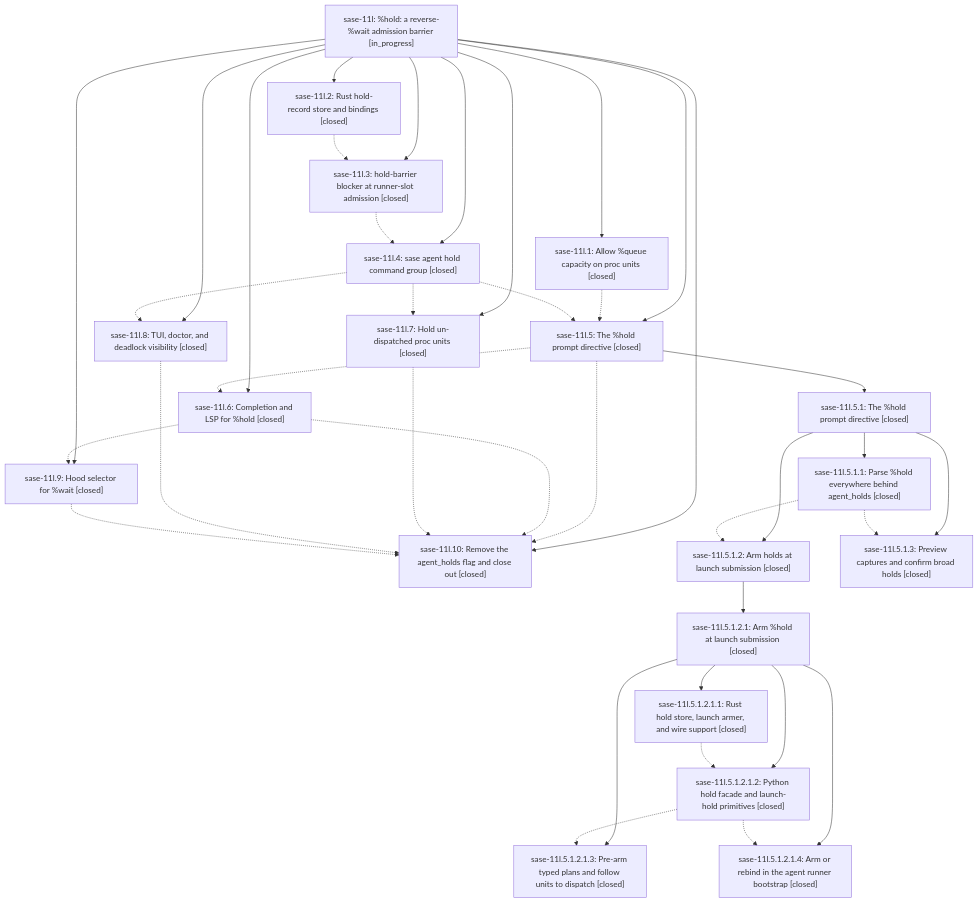
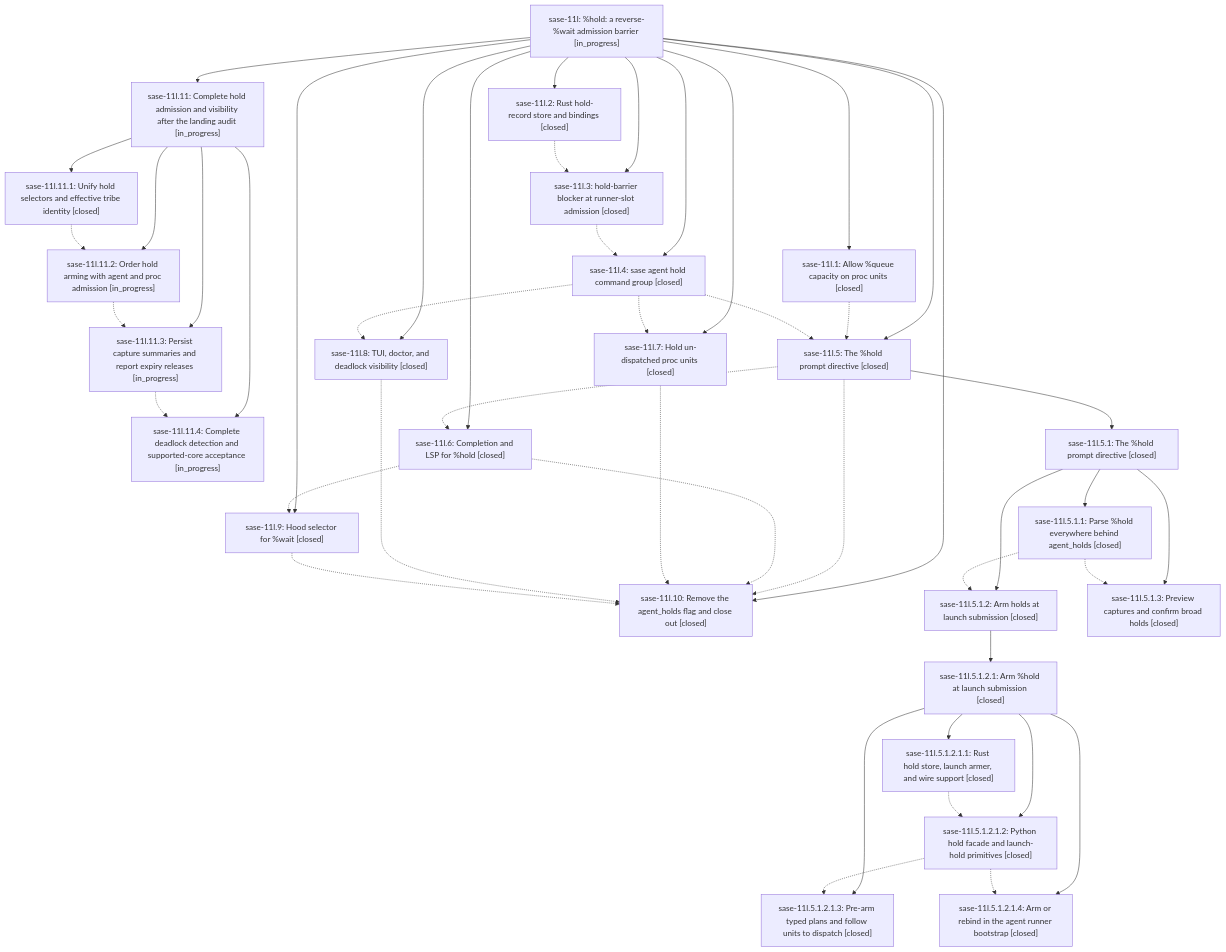
The diagram in pages/sase-11l/README.md (sase-org/sase--beads), drawn with Mermaid before and after one commit. The commit also changed other lines of this file and 5 other files, not shown here.

````diff
--- a/pages/sase-11l/README.md
+++ b/pages/sase-11l/README.md
@@ -43,60 +68,73 @@
 ```mermaid
 flowchart TD
     n0["sase-11l: %hold: a reverse-%wait admission barrier [in_progress]"]
     n1["sase-11l.1: Allow %queue capacity on proc units [closed]"]
     n2["sase-11l.10: Remove the agent_holds flag and close out [closed]"]
-    n3["sase-11l.2: Rust hold-record store and bindings [closed]"]
-    n4["sase-11l.3: hold-barrier blocker at runner-slot admission [closed]"]
-    n5["sase-11l.4: sase agent hold command group [closed]"]
-    n6["sase-11l.5: The %hold prompt directive [closed]"]
-    n7["sase-11l.5.1: The %hold prompt directive [closed]"]
-    n8["sase-11l.5.1.1: Parse %hold everywhere behind agent_holds [closed]"]
-    n9["sase-11l.5.1.2: Arm holds at launch submission [closed]"]
-    n10["sase-11l.5.1.2.1: Arm %hold at launch submission [closed]"]
-    n11["sase-11l.5.1.2.1.1: Rust hold store, launch armer, and wire support [closed]"]
-    n12["sase-11l.5.1.2.1.2: Python hold facade and launch-hold primitives [closed]"]
-    n13["sase-11l.5.1.2.1.3: Pre-arm typed plans and follow units to dispatch [closed]"]
-    n14["sase-11l.5.1.2.1.4: Arm or rebind in the agent runner bootstrap [closed]"]
-    n15["sase-11l.5.1.3: Preview captures and confirm broad holds [closed]"]
-    n16["sase-11l.6: Completion and LSP for %hold [closed]"]
-    n17["sase-11l.7: Hold un-dispatched proc units [closed]"]
-    n18["sase-11l.8: TUI, doctor, and deadlock visibility [closed]"]
-    n19["sase-11l.9: Hood selector for %wait [closed]"]
+    n3["sase-11l.11: Complete hold admission and visibility after the landing audit [in_progress]"]
+    n4["sase-11l.11.1: Unify hold selectors and effective tribe identity [closed]"]
+    n5["sase-11l.11.2: Order hold arming with agent and proc admission [in_progress]"]
+    n6["sase-11l.11.3: Persist capture summaries and report expiry releases [in_progress]"]
+    n7["sase-11l.11.4: Complete deadlock detection and supported-core acceptance [in_progress]"]
+    n8["sase-11l.2: Rust hold-record store and bindings [closed]"]
+    n9["sase-11l.3: hold-barrier blocker at runner-slot admission [closed]"]
+    n10["sase-11l.4: sase agent hold command group [closed]"]
+    n11["sase-11l.5: The %hold prompt directive [closed]"]
+    n12["sase-11l.5.1: The %hold prompt directive [closed]"]
+    n13["sase-11l.5.1.1: Parse %hold everywhere behind agent_holds [closed]"]
+    n14["sase-11l.5.1.2: Arm holds at launch submission [closed]"]
+    n15["sase-11l.5.1.2.1: Arm %hold at launch submission [closed]"]
+    n16["sase-11l.5.1.2.1.1: Rust hold store, launch armer, and wire support [closed]"]
+    n17["sase-11l.5.1.2.1.2: Python hold facade and launch-hold primitives [closed]"]
+    n18["sase-11l.5.1.2.1.3: Pre-arm typed plans and follow units to dispatch [closed]"]
+    n19["sase-11l.5.1.2.1.4: Arm or rebind in the agent runner bootstrap [closed]"]
+    n20["sase-11l.5.1.3: Preview captures and confirm broad holds [closed]"]
+    n21["sase-11l.6: Completion and LSP for %hold [closed]"]
+    n22["sase-11l.7: Hold un-dispatched proc units [closed]"]
+    n23["sase-11l.8: TUI, doctor, and deadlock visibility [closed]"]
+    n24["sase-11l.9: Hood selector for %wait [closed]"]
     n0 --> n1
     n0 --> n2
     n0 --> n3
-    n0 --> n4
-    n0 --> n5
-    n0 --> n6
-    n6 --> n7
-    n7 --> n8
-    n7 --> n9
-    n9 --> n10
-    n10 --> n11
-    n10 --> n12
-    n10 --> n13
-    n10 --> n14
-    n7 --> n15
-    n0 --> n16
-    n0 --> n17
-    n0 --> n18
-    n0 --> n19
-    n1 -.-> n6
-    n3 -.-> n4
+    n3 --> n4
+    n3 --> n5
+    n3 --> n6
+    n3 --> n7
+    n0 --> n8
+    n0 --> n9
+    n0 --> n10
+    n0 --> n11
+    n11 --> n12
+    n12 --> n13
+    n12 --> n14
+    n14 --> n15
+    n15 --> n16
+    n15 --> n17
+    n15 --> n18
+    n15 --> n19
+    n12 --> n20
+    n0 --> n21
+    n0 --> n22
+    n0 --> n23
+    n0 --> n24
+    n1 -.-> n11
     n4 -.-> n5
     n5 -.-> n6
-    n5 -.-> n17
-    n5 -.-> n18
-    n6 -.-> n2
-    n6 -.-> n16
+    n6 -.-> n7
     n8 -.-> n9
-    n8 -.-> n15
-    n11 -.-> n12
-    n12 -.-> n13
-    n12 -.-> n14
-    n16 -.-> n2
-    n16 -.-> n19
-    n17 -.-> n2
-    n18 -.-> n2
-    n19 -.-> n2
+    n9 -.-> n10
+    n10 -.-> n11
+    n10 -.-> n22
+    n10 -.-> n23
+    n11 -.-> n2
+    n11 -.-> n21
+    n13 -.-> n14
+    n13 -.-> n20
+    n16 -.-> n17
+    n17 -.-> n18
+    n17 -.-> n19
+    n21 -.-> n2
+    n21 -.-> n24
+    n22 -.-> n2
+    n23 -.-> n2
+    n24 -.-> n2
 ```
````
